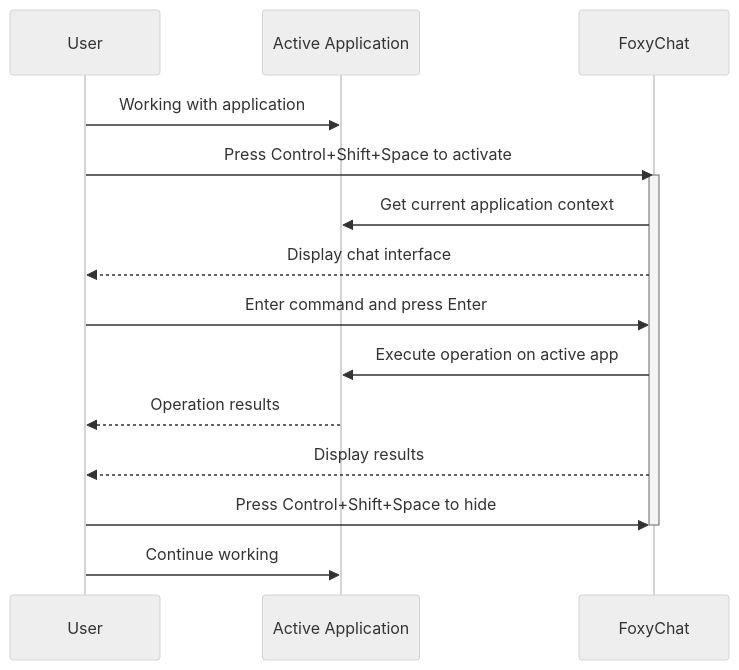
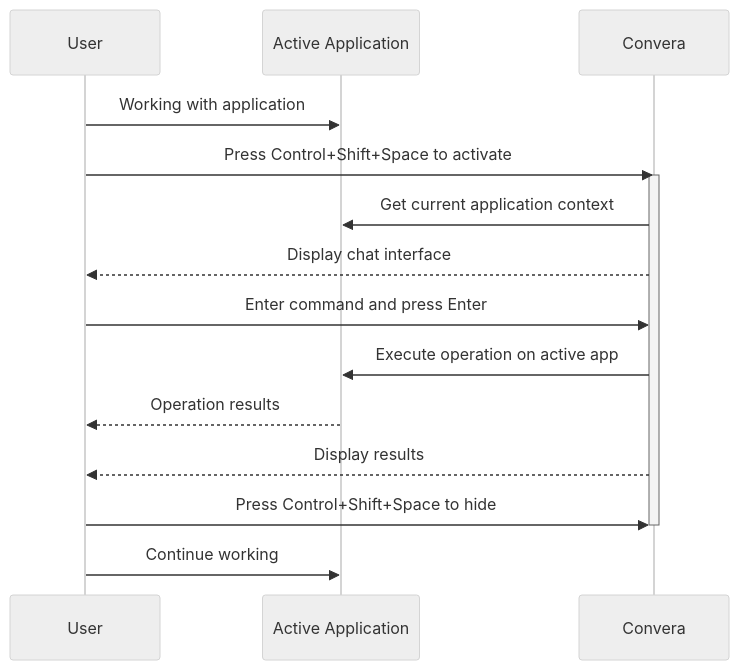
The diagram in app/workflow.md (CodeFox-Repo/Convera), drawn with Mermaid before and after one commit. The commit also changed other lines of this file and 67 other files, not shown here.

First line of the commit message:
refactor: rename FoxyChat to Convera throughout the codebase

````diff
--- a/app/workflow.md
+++ b/app/workflow.md
@@ -3,20 +3,20 @@
 ```mermaid
 %%{init: {'theme': 'neutral', 'themeVariables': { 'primaryColor': '#f0f0f0', 'primaryTextColor': '#333', 'primaryBorderColor': '#ccc', 'lineColor': '#666', 'secondaryColor': '#e6e6e6', 'tertiaryColor': '#fff' }}}%%
 sequenceDiagram
     participant User
     participant ActiveApp as Active Application
-    participant FoxyChat as FoxyChat
+    participant Convera as Convera
 
     User->>ActiveApp: Working with application
-    User->>FoxyChat: Press Control+Shift+Space to activate
-    activate FoxyChat
-    FoxyChat->>ActiveApp: Get current application context
-    FoxyChat-->>User: Display chat interface
-    User->>FoxyChat: Enter command and press Enter
-    FoxyChat->>ActiveApp: Execute operation on active app
+    User->>Convera: Press Control+Shift+Space to activate
+    activate Convera
+    Convera->>ActiveApp: Get current application context
+    Convera-->>User: Display chat interface
+    User->>Convera: Enter command and press Enter
+    Convera->>ActiveApp: Execute operation on active app
     ActiveApp-->>User: Operation results
-    FoxyChat-->>User: Display results
-    User->>FoxyChat: Press Control+Shift+Space to hide
-    deactivate FoxyChat
+    Convera-->>User: Display results
+    User->>Convera: Press Control+Shift+Space to hide
+    deactivate Convera
     User->>ActiveApp: Continue working
 ```
````
